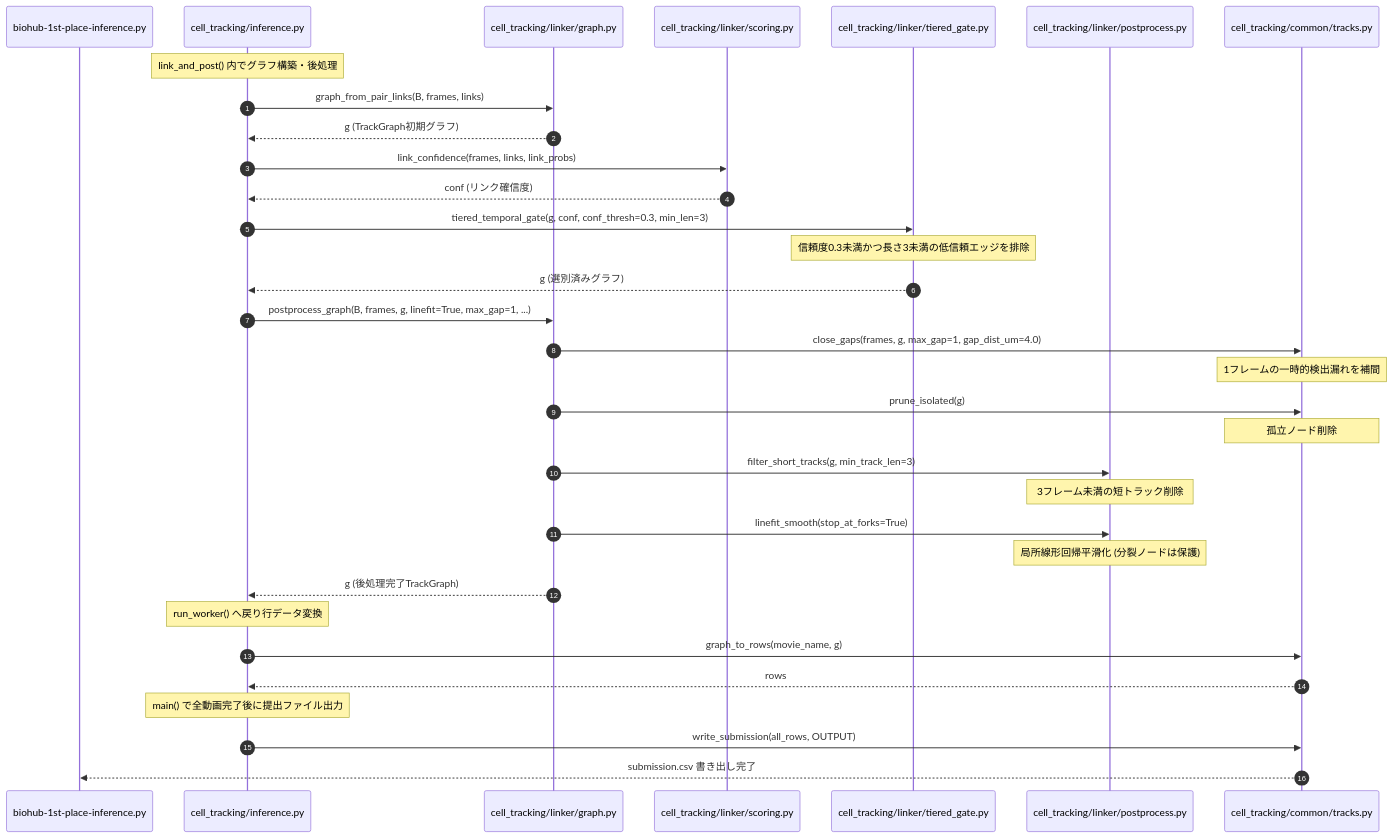
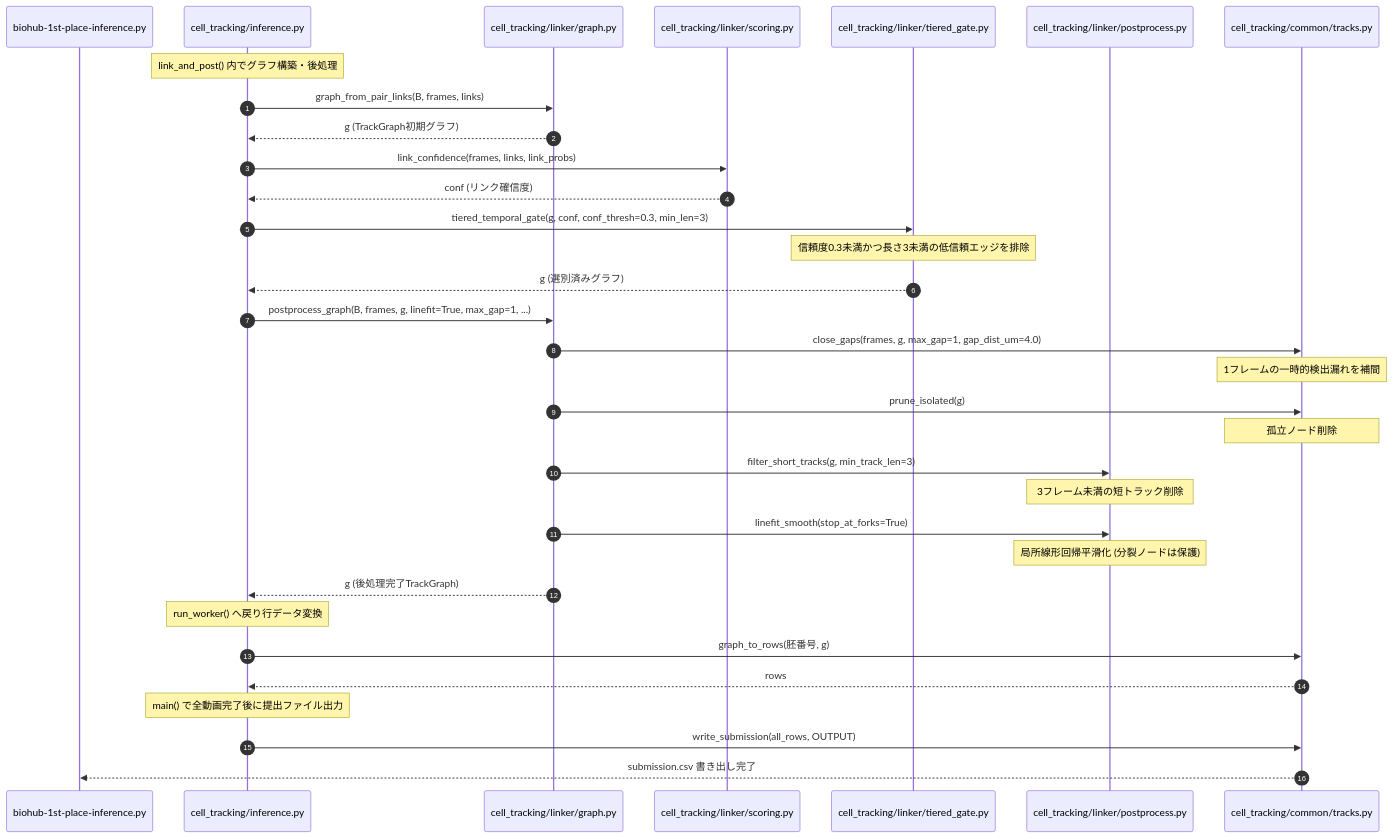
Before and after one commit to kito2718/kaggle_Biohub-Cell_Tracking_During_Development: the ninth of 9 diagrams in episode/Summary&Conclusion/1st-place-summary.md, drawn with Mermaid. The commit also changed other lines of this file, not shown here.

````diff
--- a/episode/Summary&Conclusion/1st-place-summary.md
+++ b/episode/Summary&Conclusion/1st-place-summary.md
@@ -671,40 +862,40 @@
 ```mermaid
 sequenceDiagram
     autonumber
     participant Entry as biohub-1st-place-inference.py
     participant Main as cell_tracking/inference.py
     participant GraphMod as cell_tracking/linker/graph.py
     participant ScoreMod as cell_tracking/linker/scoring.py
     participant TierGate as cell_tracking/linker/tiered_gate.py
     participant PostMod as cell_tracking/linker/postprocess.py
     participant Tracks as cell_tracking/common/tracks.py
 
     Note over Main: link_and_post() 内でグラフ構築・後処理
     Main->>GraphMod: graph_from_pair_links(B, frames, links)
     GraphMod-->>Main: g (TrackGraph初期グラフ)
 
     Main->>ScoreMod: link_confidence(frames, links, link_probs)
     ScoreMod-->>Main: conf (リンク確信度)
 
     Main->>TierGate: tiered_temporal_gate(g, conf, conf_thresh=0.3, min_len=3)
     Note over TierGate: 信頼度0.3未満かつ長さ3未満の低信頼エッジを排除
     TierGate-->>Main: g (選別済みグラフ)
 
     Main->>GraphMod: postprocess_graph(B, frames, g, linefit=True, max_gap=1, ...)
     GraphMod->>Tracks: close_gaps(frames, g, max_gap=1, gap_dist_um=4.0)
     Note over Tracks: 1フレームの一時的検出漏れを補間
     GraphMod->>Tracks: prune_isolated(g)
     Note over Tracks: 孤立ノード削除
     GraphMod->>PostMod: filter_short_tracks(g, min_track_len=3)
     Note over PostMod: 3フレーム未満の短トラック削除
     GraphMod->>PostMod: linefit_smooth(stop_at_forks=True)
     Note over PostMod: 局所線形回帰平滑化 (分裂ノードは保護)
     GraphMod-->>Main: g (後処理完了TrackGraph)
 
     Note over Main: run_worker() へ戻り行データ変換
-    Main->>Tracks: graph_to_rows(movie_name, g)
+    Main->>Tracks: graph_to_rows(胚番号, g)
     Tracks-->>Main: rows
     Note over Main: main() で全動画完了後に提出ファイル出力
     Main->>Tracks: write_submission(all_rows, OUTPUT)
     Tracks-->>Entry: submission.csv 書き出し完了
 ```
````
